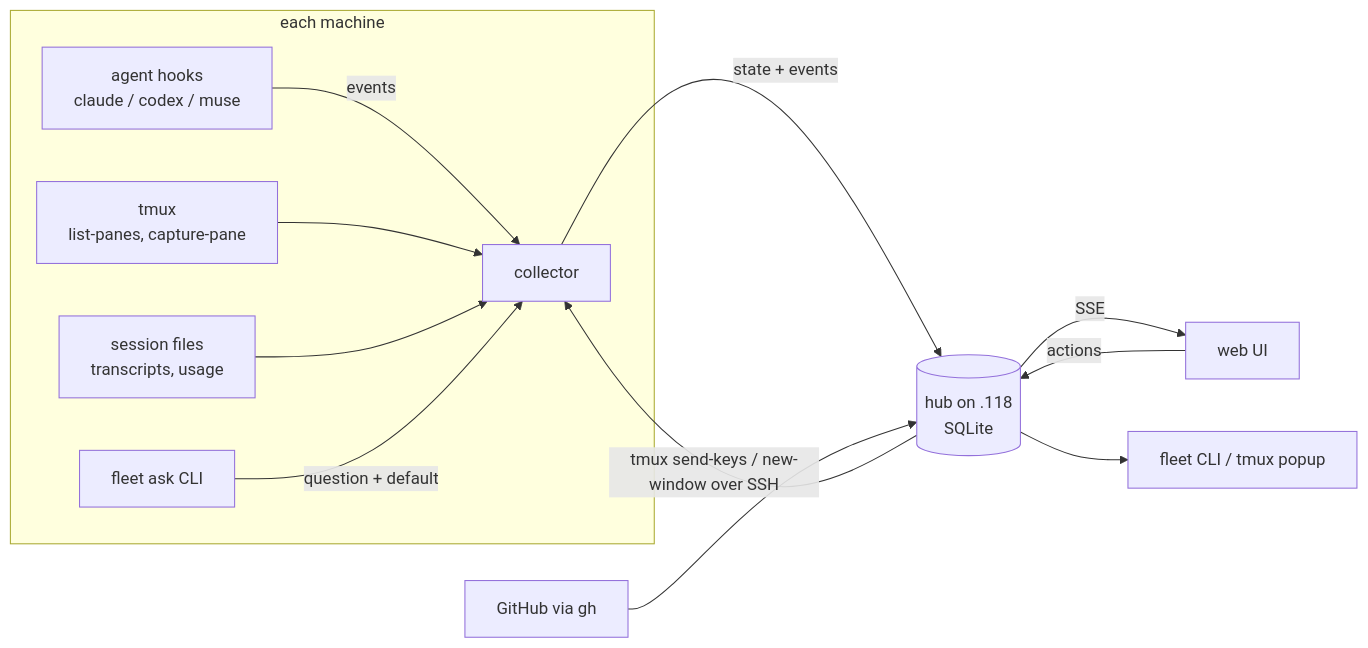
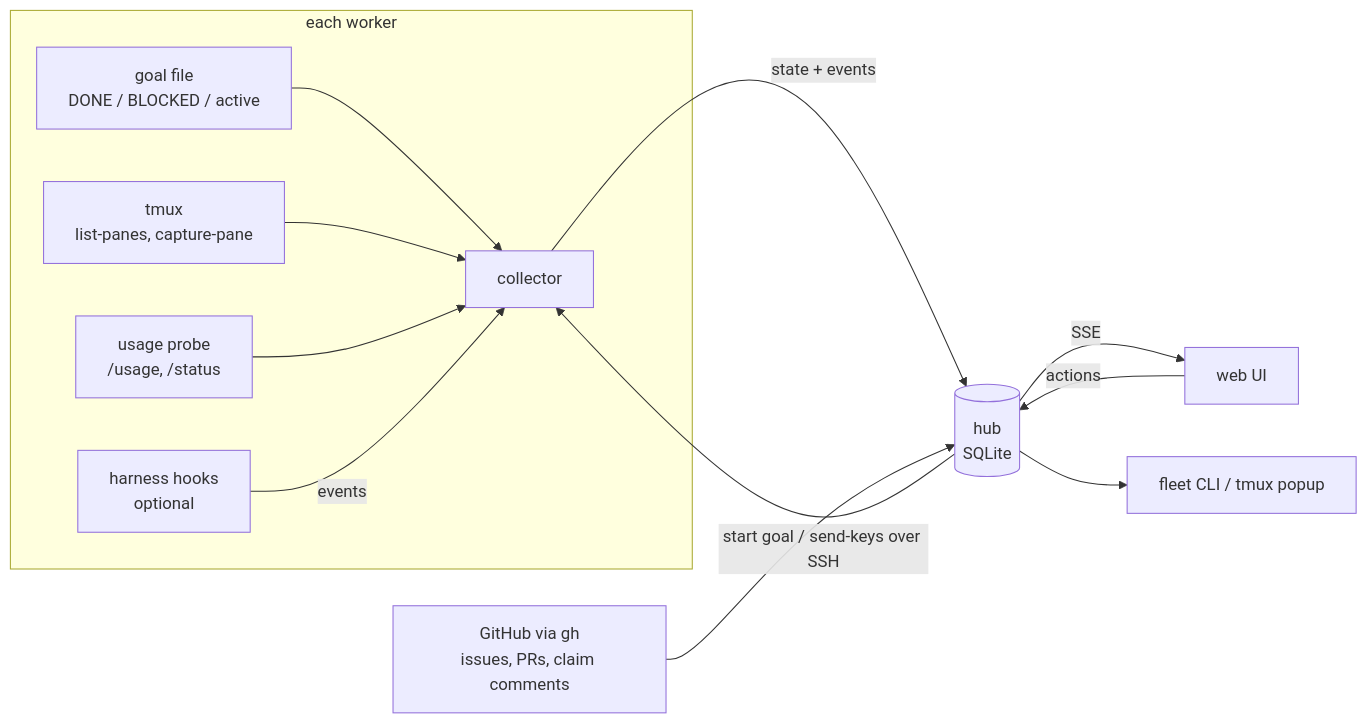
Before and after one commit to linuxdynasty/fleet-board: the first of 2 diagrams in docs/design.md, drawn with Mermaid. The commit also changed other lines of this file, not shown here.

First line of the commit message:
docs: run work as goals that drive issues to merge

````diff
--- a/docs/design.md
+++ b/docs/design.md
@@ -46,15 +46,15 @@
 ```mermaid
 flowchart LR
-  subgraph each machine
-    H[agent hooks<br/>claude / codex / muse] -->|events| C[collector]
+  subgraph each worker
+    G[goal file<br/>DONE / BLOCKED / active] --> C[collector]
     T[tmux<br/>list-panes, capture-pane] --> C
-    F[session files<br/>transcripts, usage] --> C
-    A[fleet ask CLI] -->|question + default| C
+    P[usage probe<br/>/usage, /status] --> C
+    H[harness hooks<br/>optional] -->|events| C
   end
-  C -->|state + events| HUB[(hub on .118<br/>SQLite)]
-  GH[GitHub via gh] --> HUB
+  C -->|state + events| HUB[(hub<br/>SQLite)]
+  GH[GitHub via gh<br/>issues, PRs, claim comments] --> HUB
   HUB -->|SSE| UI[web UI]
   HUB --> CLI[fleet CLI / tmux popup]
   UI -->|actions| HUB
-  HUB -->|tmux send-keys / new-window over SSH| C
+  HUB -->|start goal / send-keys over SSH| C
 ```
````
